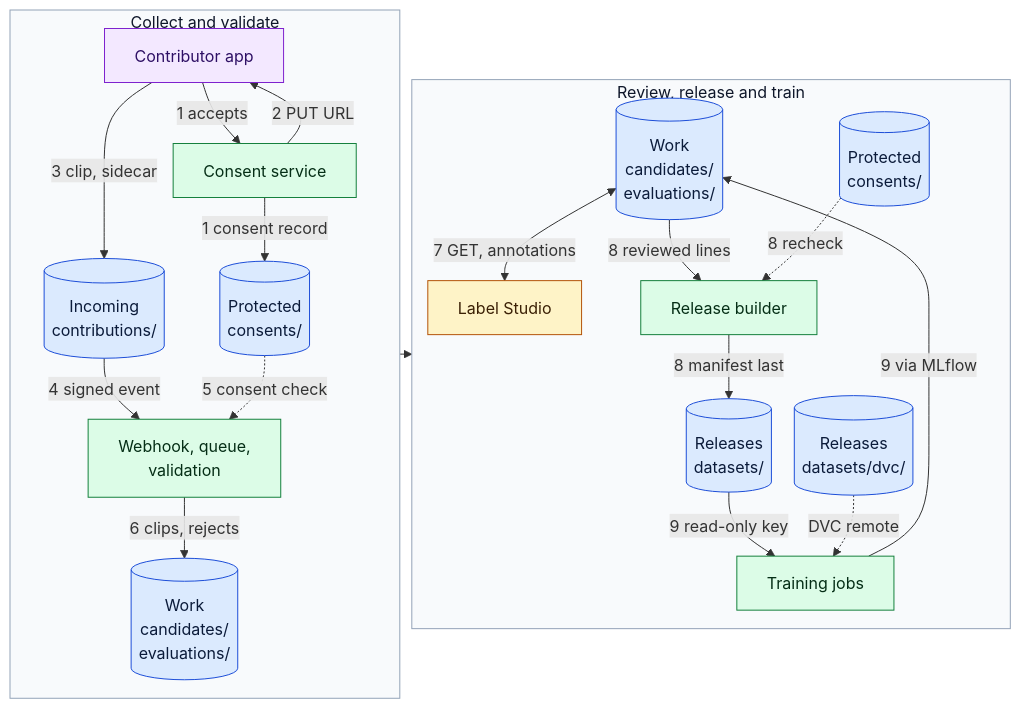
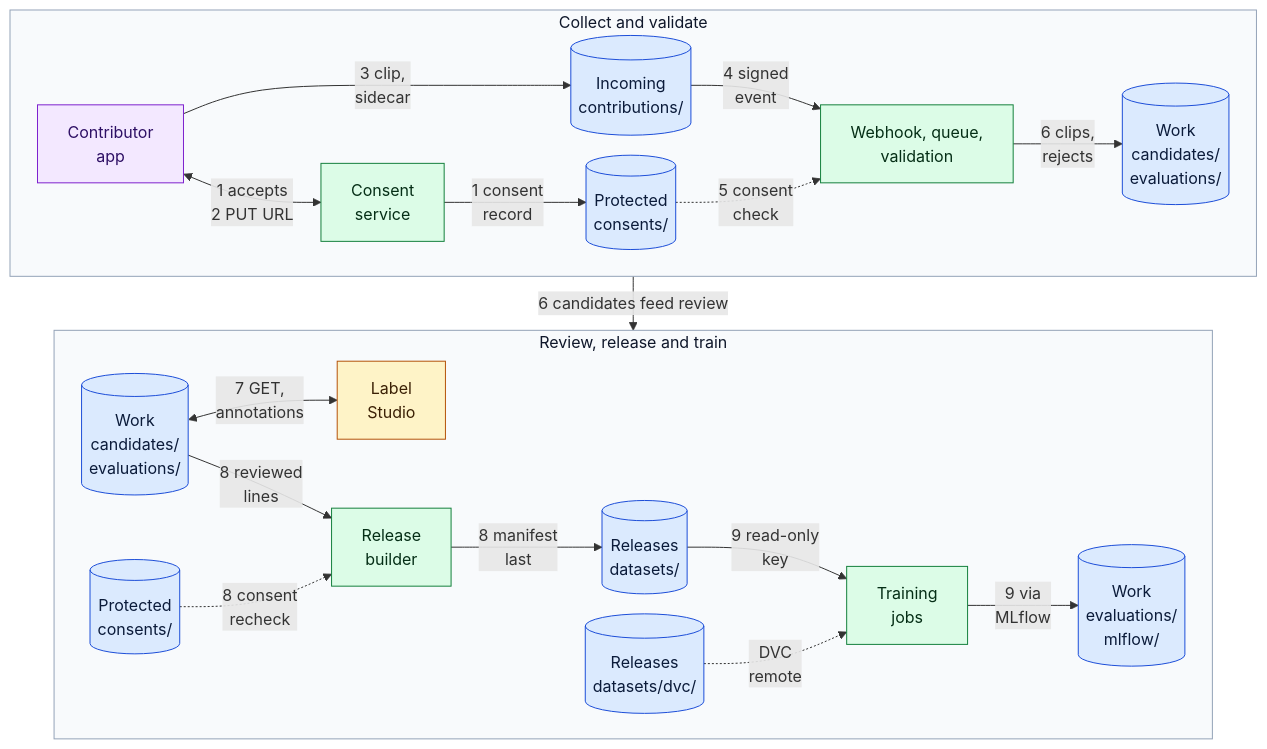
Before and after one commit to backblaze-b2-samples/b2-voice-ai-reference-architectures: the diagram in architectures/voice-training-data-lifecycle/architecture.md, drawn with Mermaid. The commit also changed other lines of this file, not shown here.

Commit message:
Lay out the training data diagram as two stacked landscape rows
Use the same structure as the other architecture diagrams: a top-down root with two left-to-right subgraphs joined by a single edge, and the spacing set with an init directive instead of frontmatter. Nothing crosses a subgraph boundary except the joining edge, so the diagram keeps its landscape shape in renderers that ignore subgraph direction.

````diff
--- a/architectures/voice-training-data-lifecycle/architecture.md
+++ b/architectures/voice-training-data-lifecycle/architecture.md
@@ -17,54 +17,49 @@
 ```mermaid
----
-config:
-  flowchart:
-    nodeSpacing: 12
-    rankSpacing: 12
----
-flowchart LR
+%%{init: {"flowchart": {"nodeSpacing": 20, "rankSpacing": 30}}}%%
+flowchart TB
   subgraph collect["Collect and validate"]
-    direction TB
-    APP["Contributor app"]
-    CS["Consent service"]
+    direction LR
+    APP["Contributor<br/>app"]
+    CS["Consent<br/>service"]
     PROT1[("Protected<br/>consents/")]
     INC[("Incoming<br/>contributions/")]
     VAL["Webhook, queue,<br/>validation"]
     WORK1[("Work<br/>candidates/<br/>evaluations/")]
-    APP -->|"1 accepts"| CS
-    CS -->|"1 consent record"| PROT1
-    CS -->|"2 PUT URL"| APP
-    APP -->|"3 clip, sidecar"| INC
-    INC -->|"4 signed event"| VAL
-    PROT1 -.->|"5 consent check"| VAL
-    VAL -->|"6 clips, rejects"| WORK1
+    APP <-->|"1 accepts<br/>2 PUT URL"| CS
+    CS -->|"1 consent<br/>record"| PROT1
+    APP -->|"3 clip,<br/>sidecar"| INC
+    INC -->|"4 signed<br/>event"| VAL
+    PROT1 -.->|"5 consent<br/>check"| VAL
+    VAL -->|"6 clips,<br/>rejects"| WORK1
   end
   subgraph release["Review, release and train"]
-    direction TB
+    direction LR
     WORK2[("Work<br/>candidates/<br/>evaluations/")]
-    LS["Label Studio"]
+    LS["Label<br/>Studio"]
     PROT2[("Protected<br/>consents/")]
-    BUILD["Release builder"]
+    BUILD["Release<br/>builder"]
     REL[("Releases<br/>datasets/")]
-    JOB["Training jobs"]
-    WORK2 <-->|"7 GET, annotations"| LS
-    WORK2 -->|"8 reviewed lines"| BUILD
-    PROT2 -.->|"8 recheck"| BUILD
-    BUILD -->|"8 manifest last"| REL
-    REL -->|"9 read-only key"| JOB
-    JOB -->|"9 via MLflow"| WORK2
+    JOB["Training<br/>jobs"]
+    MLF[("Work<br/>evaluations/<br/>mlflow/")]
     DVC[("Releases<br/>datasets/dvc/")]
-    DVC -.->|"DVC remote"| JOB
+    WORK2 <-->|"7 GET,<br/>annotations"| LS
+    WORK2 -->|"8 reviewed<br/>lines"| BUILD
+    PROT2 -.->|"8 consent<br/>recheck"| BUILD
+    BUILD -->|"8 manifest<br/>last"| REL
+    REL -->|"9 read-only<br/>key"| JOB
+    DVC -.->|"DVC<br/>remote"| JOB
+    JOB -->|"9 via<br/>MLflow"| MLF
   end
-  collect --> release
+  collect -->|"6 candidates feed review"| release
 
   classDef store fill:#dbeafe,stroke:#1d4ed8,color:#0b1b3a
   classDef svc fill:#dcfce7,stroke:#15803d,color:#052e16
   classDef ext fill:#fef3c7,stroke:#b45309,color:#3b2005
   classDef person fill:#f3e8ff,stroke:#7e22ce,color:#2e1065
-  class PROT1,PROT2,INC,WORK1,WORK2,REL,DVC store
+  class PROT1,PROT2,INC,WORK1,WORK2,MLF,REL,DVC store
   class CS,VAL,BUILD,JOB svc
   class LS ext
   class APP person
   style collect fill:#f8fafc,stroke:#94a3b8,color:#0f172a
   style release fill:#f8fafc,stroke:#94a3b8,color:#0f172a
 ```
````
